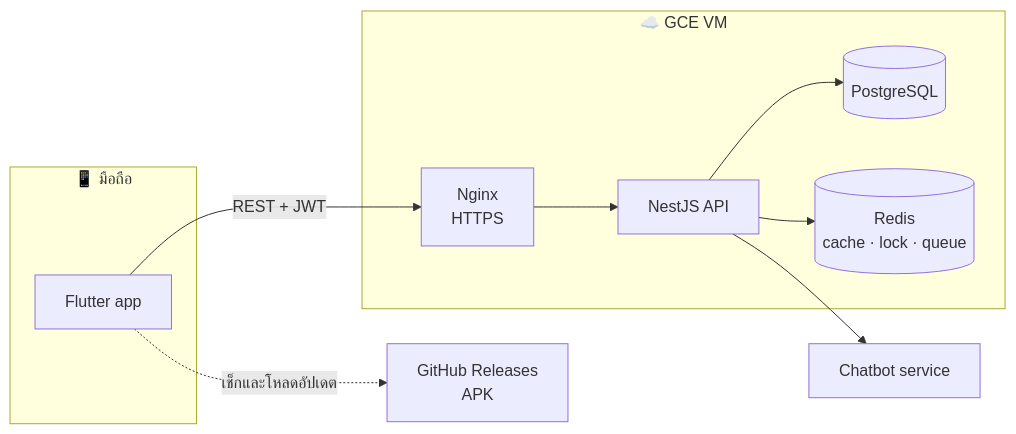
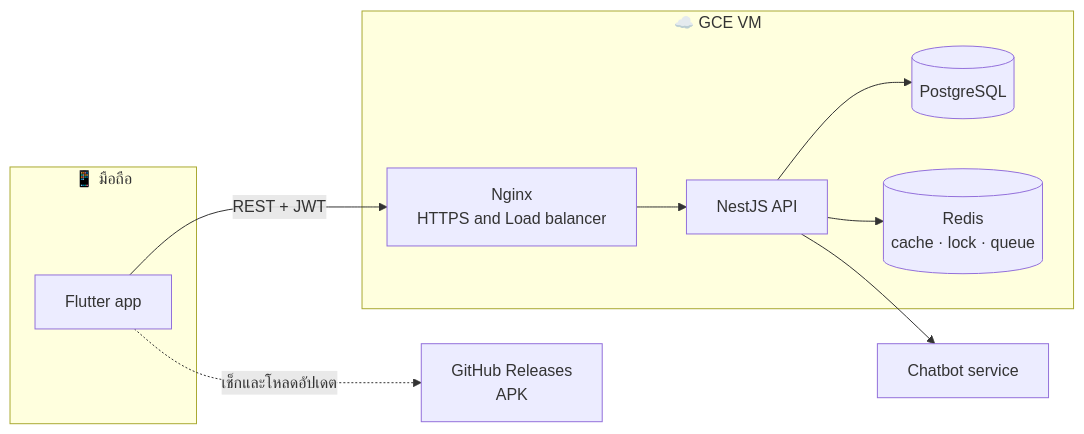
One commit to PhonlawatThaenthong/tourist-booking-application changed the first of 2 diagrams in README.md. Above: the diagram before and after it, drawn with Mermaid.

Commit message:
Update Nginx description to include Load balancer

````diff
--- a/README.md
+++ b/README.md
@@ -75,22 +75,22 @@
 ```mermaid
 flowchart LR
     subgraph phone["📱 มือถือ"]
         app["Flutter app"]
     end
 
     subgraph vm["☁️ GCE VM"]
-        nginx["Nginx<br/>HTTPS"]
+        nginx["Nginx<br/>HTTPS and Load balancer"]
         api["NestJS API"]
         pg[("PostgreSQL")]
         redis[("Redis<br/>cache · lock · queue")]
     end
 
     chatbot["Chatbot service"]
     gh["GitHub Releases<br/>APK"]
 
     app -- "REST + JWT" --> nginx --> api
     api --> pg
     api --> redis
     api --> chatbot
     app -. "เช็กและโหลดอัปเดต" .-> gh
 ```
````
